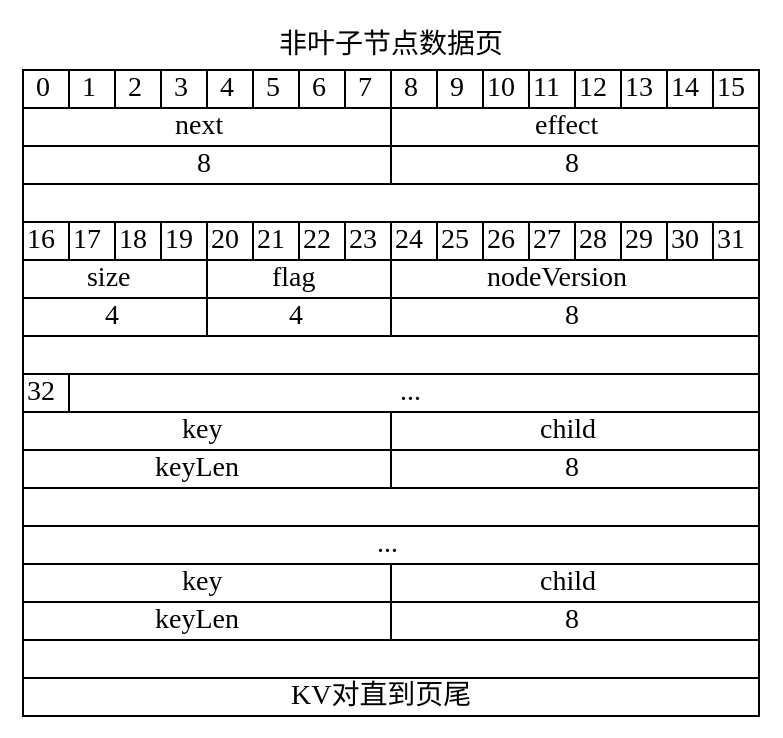
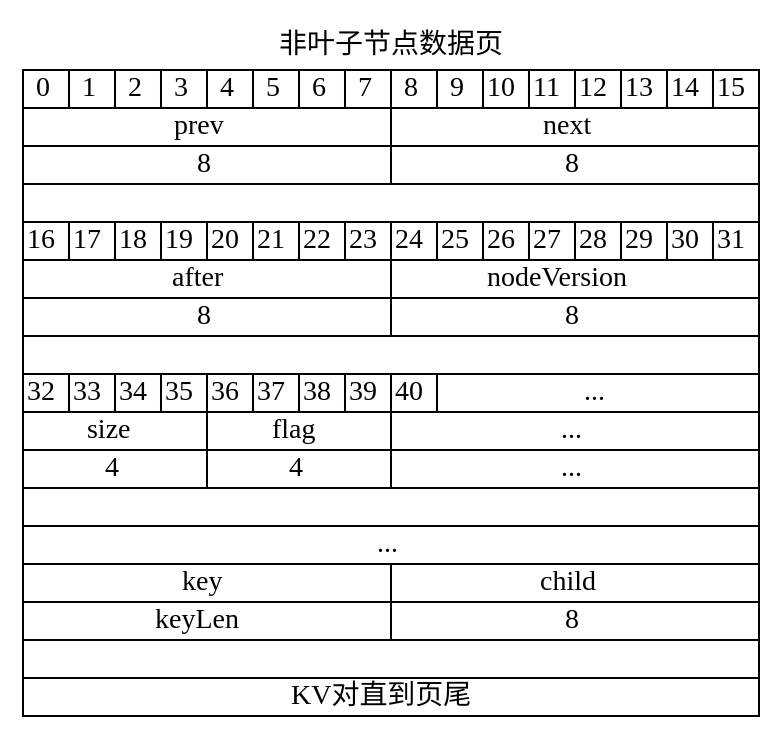
The fifth of 6 diagrams in doc/3-索引存储引擎.md (rectcircle/course-design-DBMS), drawn with Graphviz before and after one commit. The commit also changed other lines of this file and 13 other files, not shown here.

```diff
--- a/doc/3-索引存储引擎.md
+++ b/doc/3-索引存储引擎.md
@@ -569,8 +575,8 @@
       <TD>15</TD>
     </TR>
     <TR>
+      <TD COLSPAN="8">prev</TD>
       <TD COLSPAN="8">next</TD>
-      <TD COLSPAN="8">effect</TD>
     </TR>
     <TR>
       <TD COLSPAN="8">8</TD>
@@ -598,29 +604,34 @@
       <TD>31</TD>
     </TR>
     <TR>
-      <TD COLSPAN="4">size</TD>
-      <TD COLSPAN="4">flag</TD>
-      <TD COLSPAN="16">nodeVersion</TD>
+      <TD COLSPAN="8">after</TD><TD COLSPAN="8">nodeVersion</TD>
     </TR>
     <TR>
-      <TD COLSPAN="4">4</TD>
-      <TD COLSPAN="4">4</TD>
-      <TD COLSPAN="16">8</TD>
+      <TD COLSPAN="8">8</TD>
+      <TD COLSPAN="8">8</TD>
     </TR>
     <TR>
       <TD COLSPAN="16"> </TD>
     </TR>
     <TR>
       <TD>32</TD>
-      <TD COLSPAN="15">...</TD>
+      <TD>33</TD>
+      <TD>34</TD>
+      <TD>35</TD>
+      <TD>36</TD>
+      <TD>37</TD>
+      <TD>38</TD>
+      <TD>39</TD>
+      <TD>40</TD>
+      <TD COLSPAN="8">...</TD>
     </TR>
     <TR>
-      <TD COLSPAN="8">key</TD>
-      <TD COLSPAN="8">child</TD>
+      <TD COLSPAN="4">size</TD>
+      <TD COLSPAN="4">flag</TD><TD COLSPAN="8">...</TD>
     </TR>
-    <TR>
-      <TD COLSPAN="8">keyLen</TD>
-      <TD COLSPAN="8">8</TD>
+    <TR><TD COLSPAN="4">4</TD>
+      <TD COLSPAN="4">4</TD>
+      <TD COLSPAN="8">...</TD>
     </TR>
     <TR>
       <TD COLSPAN="16"> </TD>
```
